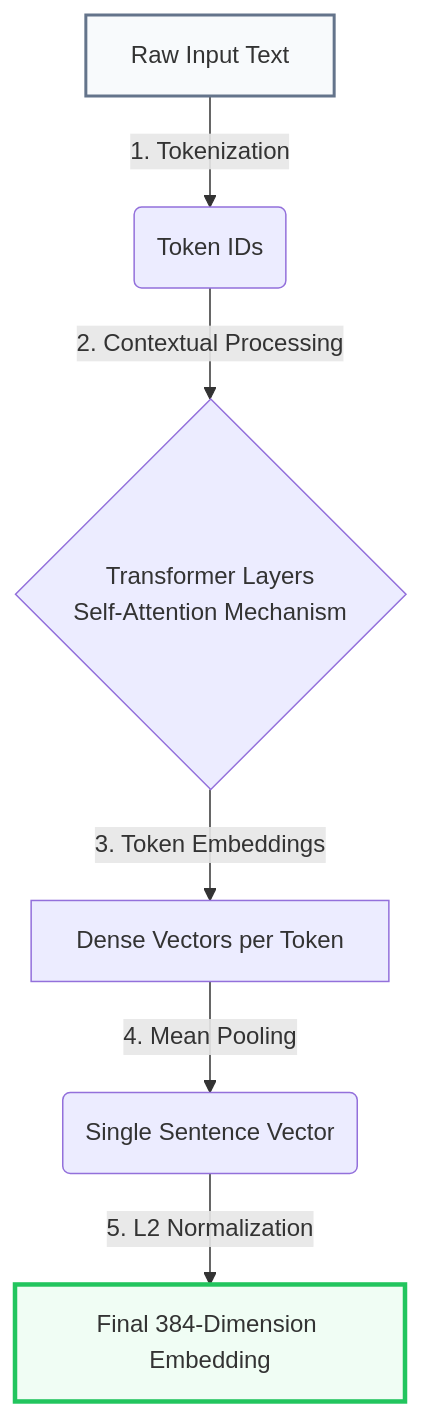
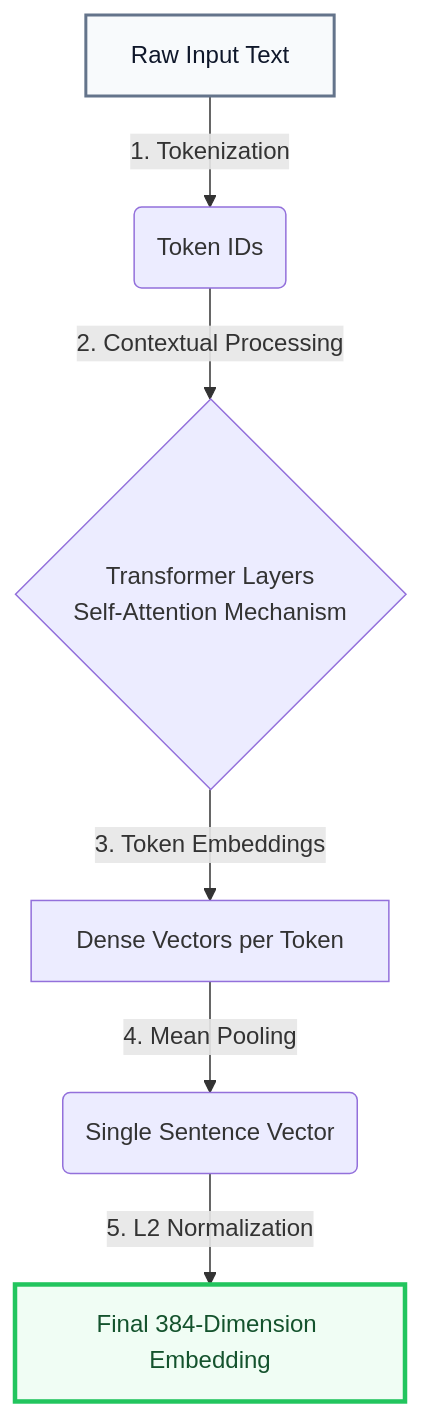
Before and after one commit to IniguezMarc/Semantic-Cache-API: the second of 3 diagrams in README.md, drawn with Mermaid.

Commit message:
Improve text readability in mermaid diagram

````diff
--- a/README.md
+++ b/README.md
@@ -79,11 +79,11 @@
 ```mermaid
 flowchart TD
     A[Raw Input Text] -->|1. Tokenization| B(Token IDs)
     B -->|2. Contextual Processing| C{Transformer Layers\nSelf-Attention Mechanism}
     C -->|3. Token Embeddings| D[Dense Vectors per Token]
     D -->|4. Mean Pooling| E(Single Sentence Vector)
     E -->|5. L2 Normalization| F[Final 384-Dimension Embedding]
     
-    style A fill:#f8fafc,stroke:#64748b,stroke-width:2px
-    style F fill:#f0fdf4,stroke:#22c55e,stroke-width:3px
+    style A fill:#f8fafc,stroke:#64748b,stroke-width:2px,color:#0f172a
+    style F fill:#f0fdf4,stroke:#22c55e,stroke-width:3px,color:#14532d
 ```
````
